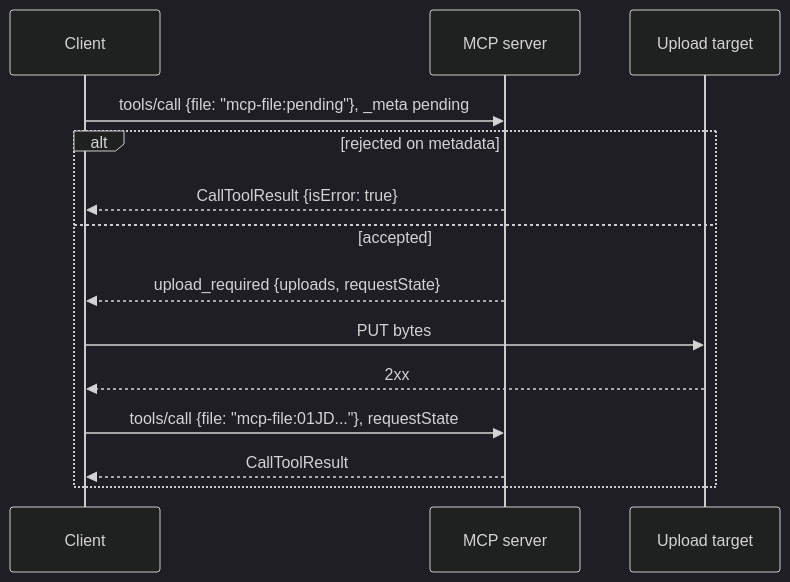
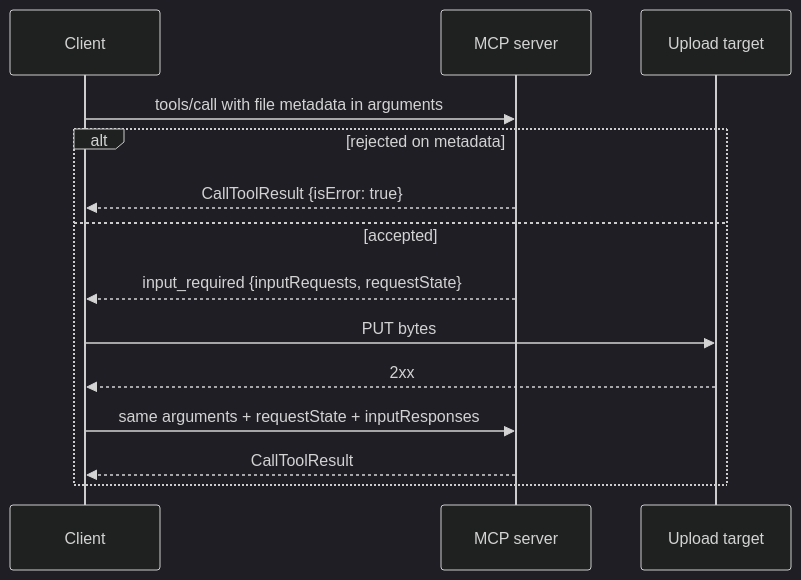
One commit to modelcontextprotocol/experimental-ext-file-uploads changed the diagram in specification/draft/file-uploads.md. Above: the diagram before and after it, drawn with Mermaid (dark theme). The commit also changed other lines of this file and 1 other file, not shown here.

````diff
--- a/specification/draft/file-uploads.md
+++ b/specification/draft/file-uploads.md
@@ -142,17 +145,17 @@
 ```mermaid
 sequenceDiagram
     participant C as Client
     participant S as MCP server
     participant T as Upload target
 
-    C->>S: tools/call {file: "mcp-file:pending"}, _meta pending
+    C->>S: tools/call with file metadata in arguments
     alt rejected on metadata
         S-->>C: CallToolResult {isError: true}
     else accepted
-        S-->>C: upload_required {uploads, requestState}
+        S-->>C: input_required {inputRequests, requestState}
         C->>T: PUT bytes
         T-->>C: 2xx
-        C->>S: tools/call {file: "mcp-file:01JD..."}, requestState
+        C->>S: same arguments + requestState + inputResponses
         S-->>C: CallToolResult
     end
 ```
````
